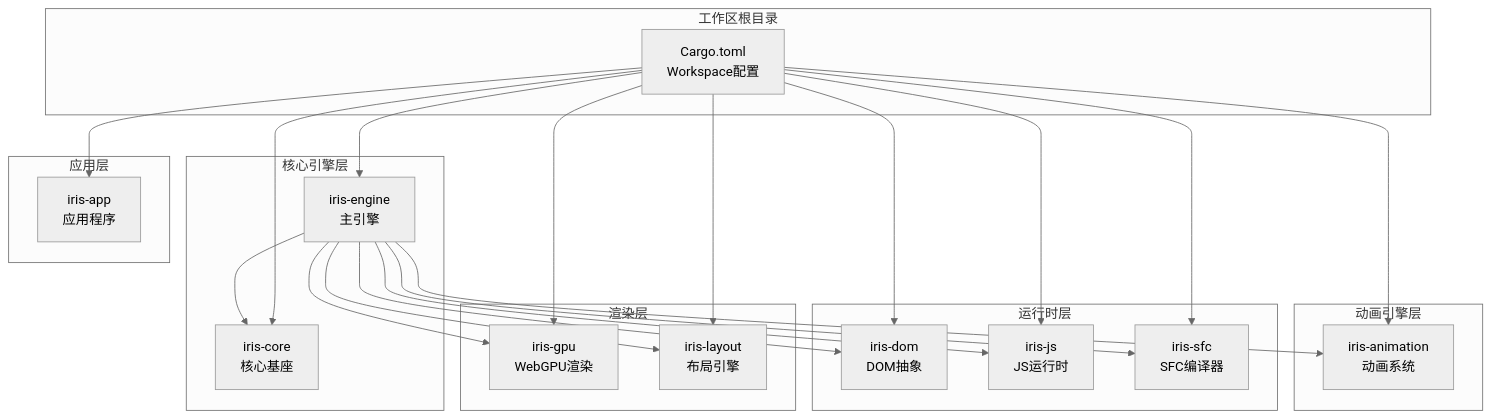
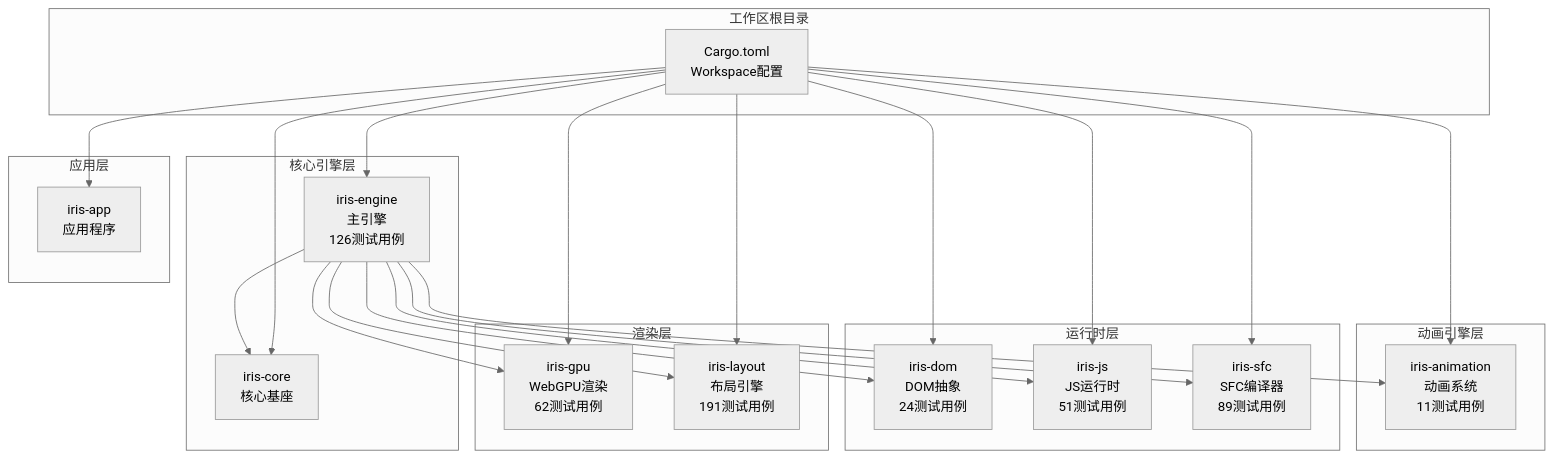
The first of 18 diagrams in .qoder/repowiki/zh/content/核心功能特性/工程化与商业化能力/测试框架与基础设施/测试框架与基础设施.md (itszzl-sudo/iris), drawn with Mermaid (neutral theme) before and after one commit. The commit also changed other lines of this file and 57 other files, not shown here.

````diff
--- a/.qoder/repowiki/zh/content/核心功能特性/工程化与商业化能力/测试框架与基础设施/测试框架与基础设施.md
+++ b/.qoder/repowiki/zh/content/核心功能特性/工程化与商业化能力/测试框架与基础设施/测试框架与基础设施.md
@@ -57,41 +66,41 @@
 ```mermaid
 graph TB
 subgraph "工作区根目录"
 WS[Cargo.toml<br/>Workspace配置]
 end
 subgraph "核心引擎层"
-ENGINE[iris-engine<br/>主引擎]
+ENGINE[iris-engine<br/>主引擎<br/>126测试用例]
 CORE[iris-core<br/>核心基座]
 end
 subgraph "渲染层"
-GPU[iris-gpu<br/>WebGPU渲染]
-LAYOUT[iris-layout<br/>布局引擎]
+GPU[iris-gpu<br/>WebGPU渲染<br/>62测试用例]
+LAYOUT[iris-layout<br/>布局引擎<br/>191测试用例]
 end
 subgraph "运行时层"
-DOM[iris-dom<br/>DOM抽象]
-JS[iris-js<br/>JS运行时]
-SFC[iris-sfc<br/>SFC编译器]
+DOM[iris-dom<br/>DOM抽象<br/>24测试用例]
+JS[iris-js<br/>JS运行时<br/>51测试用例]
+SFC[iris-sfc<br/>SFC编译器<br/>89测试用例]
 end
 subgraph "应用层"
 APP[iris-app<br/>应用程序]
 end
 subgraph "动画引擎层"
-ANIMATION[iris-animation<br/>动画系统]
+ANIMATION[iris-animation<br/>动画系统<br/>11测试用例]
 end
 WS --> ENGINE
 WS --> CORE
 WS --> GPU
 WS --> LAYOUT
 WS --> DOM
 WS --> JS
 WS --> SFC
 WS --> APP
 WS --> ANIMATION
 ENGINE --> CORE
 ENGINE --> GPU
 ENGINE --> LAYOUT
 ENGINE --> DOM
 ENGINE --> JS
 ENGINE --> SFC
 ENGINE --> ANIMATION
 ```
````
